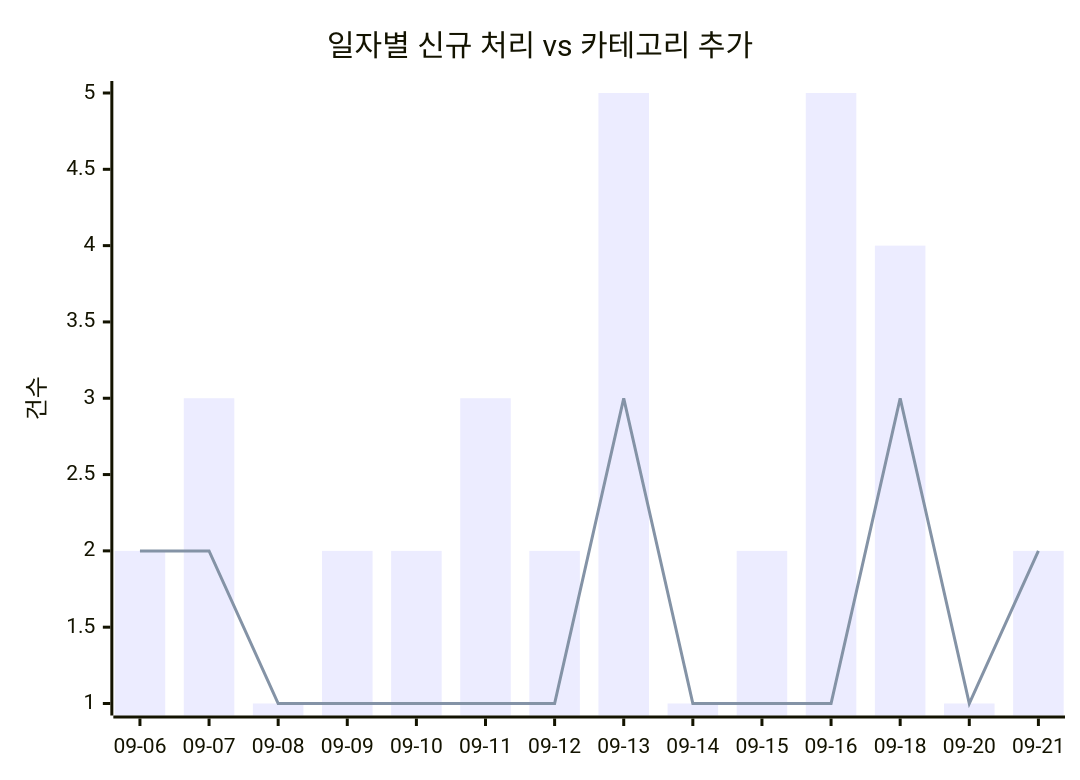
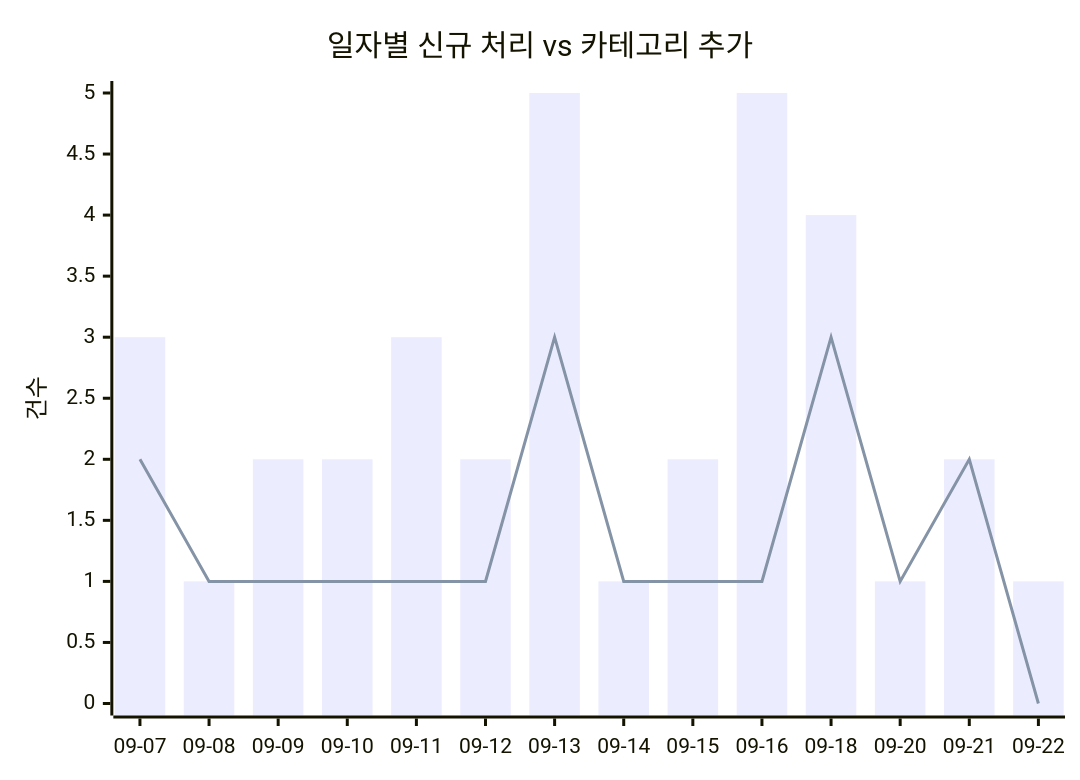
Before and after one commit to J-nowcow/awesome-korean-agent-skills: the first of 2 diagrams in docs/trends.md, drawn with Mermaid. The commit also changed other lines of this file and 2 other files, not shown here.

````diff
--- a/docs/trends.md
+++ b/docs/trends.md
@@ -32,8 +32,8 @@
 ```mermaid
 xychart-beta
     title "일자별 신규 처리 vs 카테고리 추가"
-    x-axis ["09-06","09-07","09-08","09-09","09-10","09-11","09-12","09-13","09-14","09-15","09-16","09-18","09-20","09-21"]
+    x-axis ["09-07","09-08","09-09","09-10","09-11","09-12","09-13","09-14","09-15","09-16","09-18","09-20","09-21","09-22"]
     y-axis "건수"
-    bar [2,3,1,2,2,3,2,5,1,2,5,4,1,2]
-    line [2,2,1,1,1,1,1,3,1,1,1,3,1,2]
+    bar [3,1,2,2,3,2,5,1,2,5,4,1,2,1]
+    line [2,1,1,1,1,1,3,1,1,1,3,1,2,0]
 ```
````
